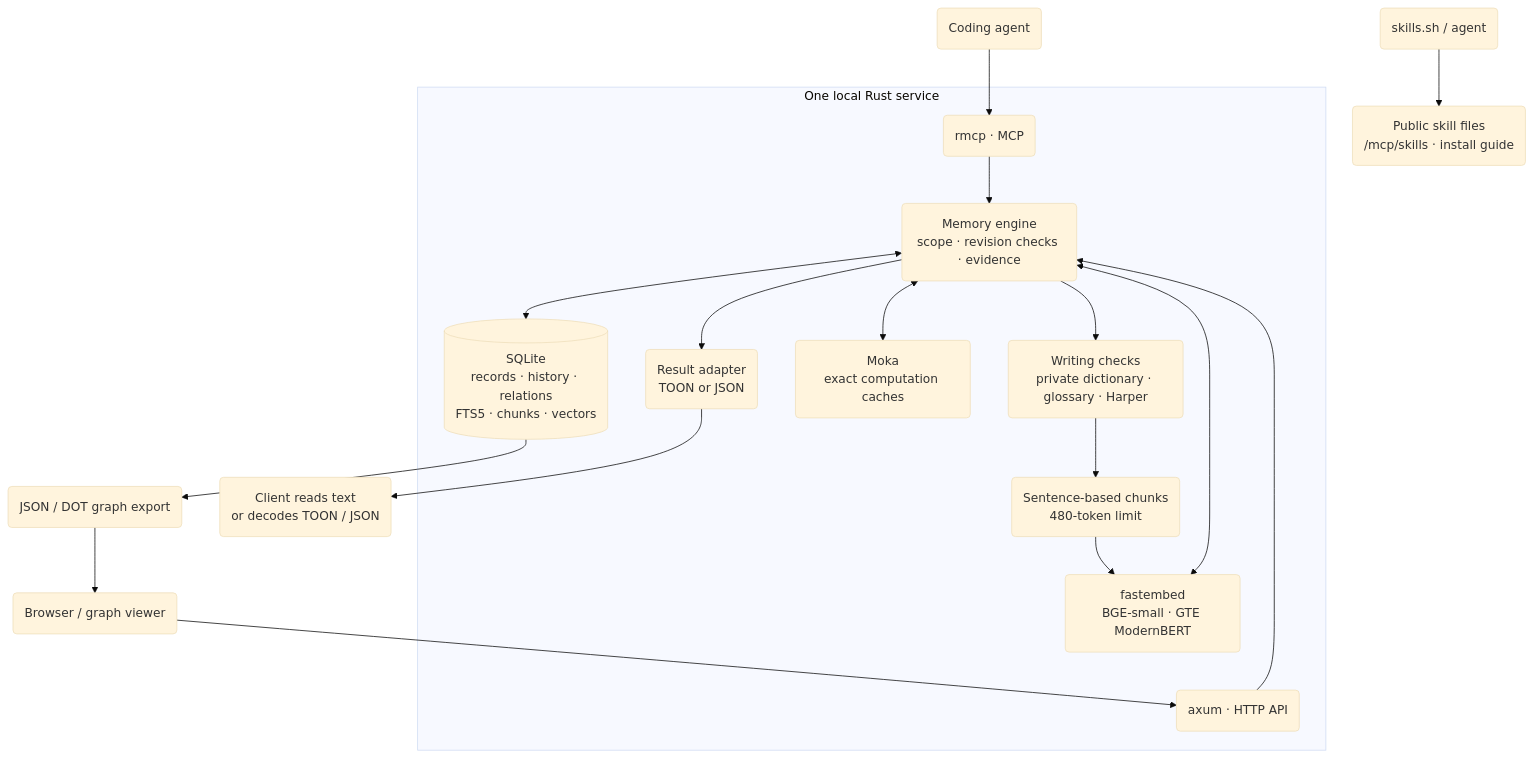
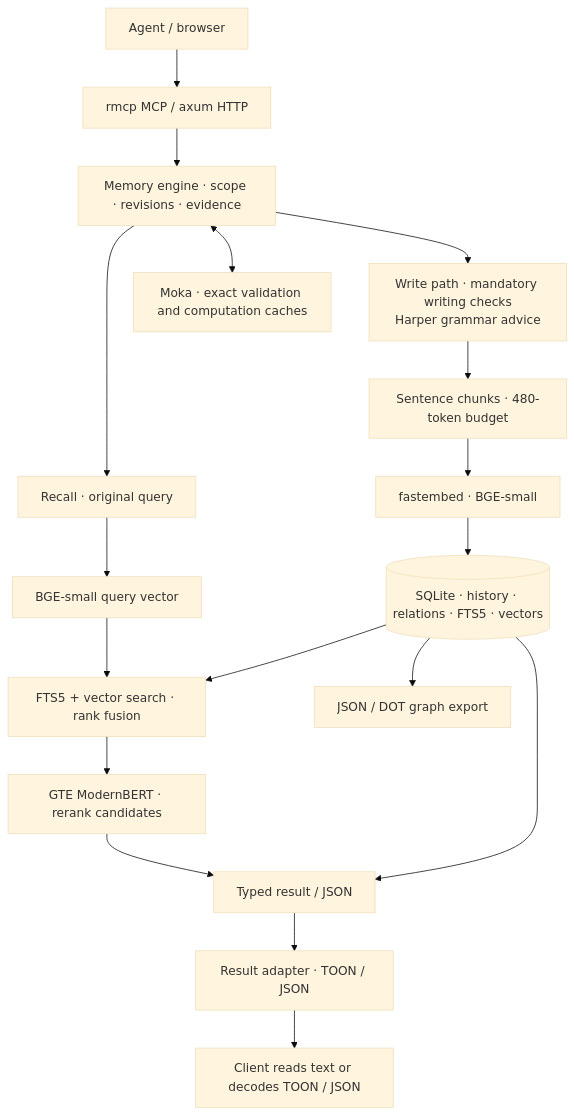
The first of 2 diagrams in README.md (enfour-digital/enfour-memory), drawn with Mermaid (base theme) before and after one commit. The commit also changed other lines of this file, not shown here.

Commit message:
docs: simplify guide and clarify writing checks

````diff
--- a/README.md
+++ b/README.md
@@ -251,19 +105,20 @@
 ```mermaid
 flowchart TB
-    agent("Coding agent") --> mcp("rmcp · MCP")
-    installer("skills.sh / agent") --> skills("Public skill files<br/>/mcp/skills · install guide")
-    ui("Browser / graph viewer") --> api("axum · HTTP API")
-    subgraph server["One local Rust service"]
-        mcp --> engine("Memory engine<br/>scope · revision checks · evidence")
-        api --> engine
-        engine <--> db[("SQLite<br/>records · history · relations<br/>FTS5 · chunks · vectors")]
-        engine --> language("Writing checks<br/>private dictionary · glossary · Harper")
-        language --> chunker("Sentence-based chunks<br/>480-token limit")
-        chunker --> models
-        engine <--> models("fastembed<br/>BGE-small · GTE ModernBERT")
-        engine <--> cache("Moka<br/>exact computation caches")
-        engine --> adapter("Result adapter<br/>TOON or JSON")
-    end
-    adapter --> client("Client reads text<br/>or decodes TOON / JSON")
-    db --> graph_export("JSON / DOT graph export") --> ui
+    agent["Agent / browser"] --> transport["rmcp MCP / axum HTTP"]
+    transport --> engine["Memory engine · scope · revisions · evidence"]
+    engine --> write["Write path · mandatory writing checks<br/>Harper grammar advice"]
+    write --> chunks["Sentence chunks · 480-token budget"]
+    chunks --> embed["fastembed · BGE-small"]
+    embed --> db[("SQLite · history · relations · FTS5 · vectors")]
+    engine --> query["Recall · original query"]
+    query --> embed_query["BGE-small query vector"]
+    embed_query --> hybrid["FTS5 + vector search · rank fusion"]
+    db --> hybrid
+    hybrid --> rerank["GTE ModernBERT · rerank candidates"]
+    rerank --> result["Typed result / JSON"]
+    db --> result
+    result --> adapter["Result adapter · TOON / JSON"]
+    adapter --> client["Client reads text or decodes TOON / JSON"]
+    db --> graph_export["JSON / DOT graph export"]
+    engine <--> cache["Moka · exact validation and computation caches"]
 ```
````
